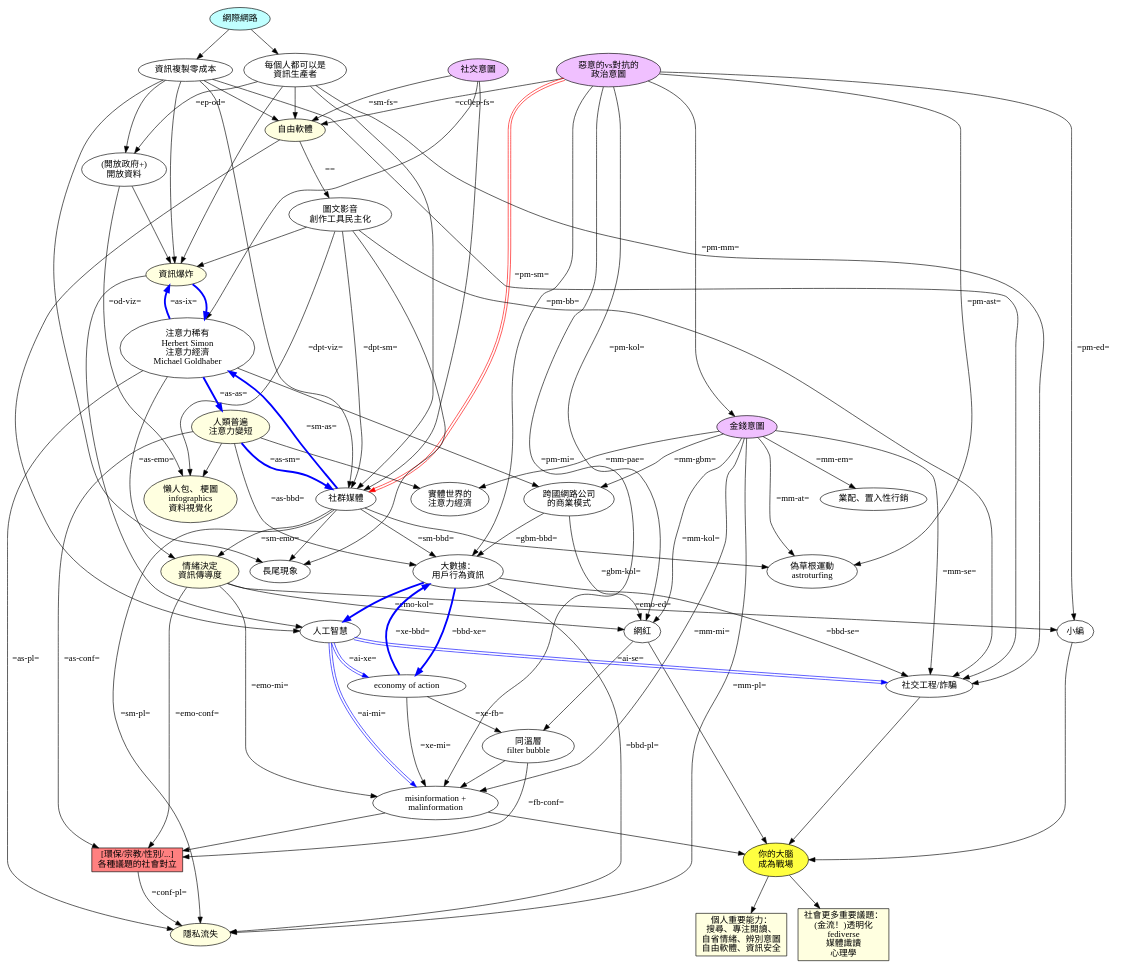
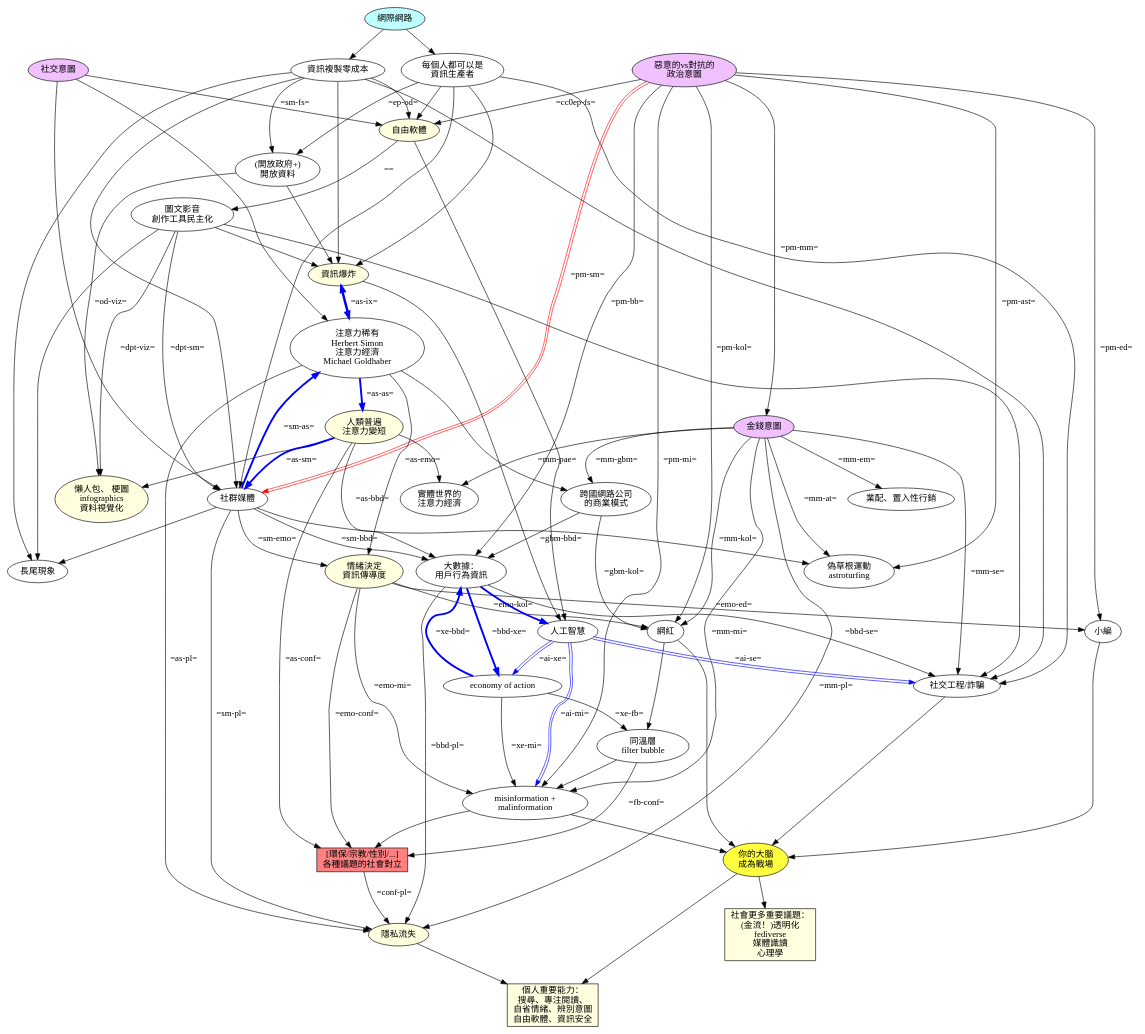
The diagram in a/m/23/war-on-brain.dot (ckhung/ckhung.github.io), drawn with Graphviz before and after one commit. The commit also changed 3 other files, not shown here.

```diff
--- a/a/m/23/war-on-brain.dot
+++ b/a/m/23/war-on-brain.dot
@@ -1,123 +1,124 @@
 digraph "頭腦爭霸戰" {
 
     rankdir = TB;
     overlap = scale;
 
     social_motivation [ label="社交意圖"; style=filled; fillcolor="#f0c0ff" ];
     monetary_motivation [ label="金錢意圖"; style=filled; fillcolor="#f0c0ff" ];
     political_motivation [ label="惡意的vs對抗的\n政治意圖"; style=filled; fillcolor="#f0c0ff" ];
     internet [ label="網際網路" style=filled; fillcolor="#c0ffff" ];
     copy_cost_0 [ label="資訊複製零成本" ];
     everone_producer [ label="每個人都可以是\n資訊生產者" ];
 
     free_software [ label="自由軟體"; style=filled; fillcolor="#ffffe0" ];
     dem_prod_tool [ label="圖文影音\n創作工具民主化" ];
 
     open_data [ label="(開放政府+)\n開放資料" ];
     info_explosion [ label="資訊爆炸"; style=filled; fillcolor="#ffffe0" ];
     attention_scarcity [ label="注意力稀有\nHerbert Simon\n注意力經濟\nMichael Goldhaber" ];
     attention_span [ label="人類普遍\n注意力變短"; style=filled; fillcolor="#ffffe0" ];
     visualization [ label="懶人包、 梗圖\ninfographics\n資料視覺化"; style=filled; fillcolor="#ffffe0" ];
     physical_ae [ label="實體世界的\n注意力經濟" ];
 
     social_media [ label="社群媒體" ];
     long_tail [ label="長尾現象" ];
     astroturfing [ label="偽草根運動\nastroturfing" ];
     emotion [ label="情緒決定\n資訊傳導度"; style=filled; fillcolor="#ffffe0" ];
     embedded_marketing [ label="業配、置入性行銷" ];
     kol [ label="網紅" ];
     google_bm [ label="跨國網路公司\n的商業模式" ];
     artificial_intelligence [ label="人工智慧" ];
     misinformation [ label="misinformation +\nmalinformation" ];
     privacy_loss [ label="隱私流失"; style=filled; fillcolor="#ffffe0" ];
     filter_bubble [ label="同溫層\nfilter bubble" ];
     behavior_big_data [ label="大數據：\n用戶行為資訊" ];
     xtion_economy [ label="economy of action" ];
     social_engineering [ label="社交工程/詐騙" ];
     editor [ label="小編" ];
     your_brain [ label="你的大腦\n成為戰場"; style=filled; fillcolor="#ffff40" ];
     conflict [ shape=rectangle; label="[環保/宗教/性別/...]\n各種議題的社會對立"; style=filled; fillcolor="#ff8080"; ];
     important_personal [ shape=rectangle; label="個人重要能力：\n搜尋、專注閱讀、\n自省情緒、辨別意圖\n自由軟體、資訊安全"; style=filled; fillcolor="#ffffe0" ];
     important_societal [ shape=rectangle; label="社會更多重要議題：\n(金流！)透明化\nfediverse\n媒體識讀\n心理學"; style=filled; fillcolor="#ffffe0" ];
 
     # # # # # # # # # # # # # # # # # # # # 
 
     internet -> { copy_cost_0 everone_producer } -> free_software;
     political_motivation -> free_software [ label="=cc0ep-fs="; labeltooltip="革奴計畫" ];
     social_motivation -> free_software [ label="=sm-fs="; labeltooltip="軟體就像性，免費的比較好" ];
     free_software -> dem_prod_tool [ label="=="; labeltooltip="inkscape\ngimp\naudacity\n價格競爭" ];
     copy_cost_0 -> open_data -> info_explosion;
     everone_producer -> open_data [ label="=ep-od="; labeltooltip="維基百科\n開放街圖" ];
 
 
     { everone_producer copy_cost_0 dem_prod_tool } -> { info_explosion social_engineering };
     social_motivation -> attention_scarcity;
     info_explosion -> attention_scarcity [ color="#0000ff"; penwidth=3 ];
     attention_scarcity -> info_explosion [ color="#0000ff"; penwidth=3; label="=as-ix="; labeltooltip="reputation economy\nexposure culture\n創用CC" ];
     attention_scarcity -> attention_span [ color="#0000ff"; penwidth=3; label="=as-as="; labeltooltip="金魚腦" ];
     attention_scarcity -> privacy_loss [ label="=as-pl="; labeltooltip="selfie\n不必讀，我同意\n預設值\n暗黑模式的 UI/UX" ];
     attention_span -> { visualization physical_ae };
     open_data -> visualization [ label="=od-viz="; labeltooltip="Hans Rosling\nOWID" ];
     dem_prod_tool -> visualization [ label="=dpt-viz="; labeltooltip="metabase\ngrafana\nplotly\ngnuplot\nscatplot" ];
 
     monetary_motivation -> physical_ae [ label="=mm-pae="; labeltooltip="四川航空 免費巴士\ndigital license plate ads" ];
     attention_scarcity -> google_bm;
     monetary_motivation ->  google_bm [ label="=mm-gbm="; labeltooltip="臉書、Instagram\ngoogle\nyoutube" ];
     google_bm -> kol [ label="=gbm-kol="; labeltooltip="抖內\n工商服務\n直播拍賣\n健生中醫" ];
     monetary_motivation -> embedded_marketing [ label="=mm-em="; ];
 
     { social_motivation everone_producer copy_cost_0 } -> social_media;
     dem_prod_tool -> social_media [ label="=dpt-sm="; labeltooltip="BBS、IRC" ];
     social_media -> attention_scarcity [ color="#0000ff"; penwidth=3; label="=sm-as="; labeltooltip="無限滾動捲軸\ndark patterns\ndeceptive patterns" ];
     attention_span -> social_media [ color="#0000ff"; penwidth=3; label="=as-sm="; labeltooltip="blog=>twitter\nyoutube=>抖音" ];
     { dem_prod_tool copy_cost_0 social_media } -> long_tail;
     social_media -> emotion [ label="=sm-emo="; labeltooltip="回想個人經驗" ];
     attention_scarcity -> emotion [ label="=as-emo="; labeltooltip="下標題技巧\n故事行銷" ];
     social_media -> astroturfing;
     monetary_motivation -> astroturfing [ label="=mm-at="; labeltooltip="bigtech wiki\nwe sell likes\nfake review" ];
     social_media -> privacy_loss [ label="=sm-pl="; labeltooltip="FOMO\nzenly\nvenmo\n抖音與臉書對你的逐鍵觀察" ];
 
 
     social_media -> behavior_big_data [ label="=sm-bbd="; labeltooltip="thisisyourdigitallife\n300個讚\n元宇宙頭盔\n社會信用體系\n网络安全法第二十八条" ];
     behavior_big_data -> privacy_loss [ label="=bbd-pl="; labeltooltip="少女懷孕，Target預測產期"; ];
     attention_span -> behavior_big_data [ label="=as-bbd="; labeltooltip="個人化...、智慧..."; ];
     google_bm -> behavior_big_data [ label="=gbm-bbd="; labeltooltip="targeted advertisement\n登入臉書方可閱讀的IP歧視政策"; ];
     behavior_big_data -> xtion_economy [ color="#0000ff"; penwidth=3; label="=bbd-xe="; labeltooltip="臉書情緒傳染實驗\n(臉書的紐澳青年)\n心理弱點行銷研究\n劍橋分析\nPokéstop"; ];
     xtion_economy -> behavior_big_data [ color="#0000ff"; penwidth=3; label="=xe-bbd="; labeltooltip="建立高牆花園\n誘勸改用app\napp內嵌瀏覽器\n臉書加密網址\n無限下滑" ];
 
 
     filter_bubble -> misinformation;
     xtion_economy -> filter_bubble [ label="=xe-fb="; labeltooltip="你也會喜歡\nline 群組\nline 內建瀏覽器不能搜尋" ];
     xtion_economy -> misinformation [ label="=xe-mi="; labeltooltip="dark ads\n臉書禁備份\nline 群組\nline 內建瀏覽器不能搜尋\nline voom？" ];
     monetary_motivation -> misinformation [ label="=mm-mi="; labeltooltip="大榴蓮\n鬼島狂新聞\n馬其頓 假新聞\n真相製造" ];
     emotion -> misinformation [ label="=emo-mi="; labeltooltip="台灣致死率全世界第一\n近二週致死率全球第三高\n愛台網紅離開台灣\n很多孩子走了\n\n盜版/山寨/仿冒\npredatory journal?" ];
     emotion -> kol [ label="=emo-kol="; labeltooltip="鼻妹、視網膜\n波特王、八烔、斯坦\n朱學恒、館長" ];
 
     political_motivation -> social_media [ color="#ff0000:white:#ff0000"; label="=pm-sm="; labeltooltip="言論管制\n極權國家\n网络安全法第二十八条" ];
     political_motivation -> behavior_big_data [ label="=pm-bb=" ];
     political_motivation -> monetary_motivation [ label="=pm-mm=" ];
     monetary_motivation -> kol [ label="=mm-kol="; labeltooltip="爆料公社\nmost super chatted on youtube" ];
     political_motivation -> astroturfing [ label="=pm-ast="; labeltooltip="twitter INFO OPs archive\n監獄網評員\n蜂蜜檸檬韓粉美國" ];
     political_motivation -> kol [ label="=pm-kol="; labeltooltip="解放軍南部戰區 對台自媒體及輿論分隊\n大翻譯運動" ];
     political_motivation -> misinformation [ label="=pm-mi="; labeltooltip="諸多假訊息打擊防疫" ];
     political_motivation -> editor [ label="=pm-ed="; labeltooltip="各政黨小編文化" ];
     emotion -> editor [ label="=emo-ed="; labeltooltip="小編的人格特質？" ];
 
     kol -> filter_bubble;
     filter_bubble -> conflict [ label="=fb-conf="; labeltooltip="fan wars" ];
     emotion -> conflict [ label="=emo-conf="; labeltooltip="社會運動\nYuri Bezmenov" ];
     attention_span -> conflict [ label="=as-conf="; labeltooltip="標題殺人法 (的成功)" ];
     misinformation -> conflict;
     conflict -> privacy_loss [ label="=conf-pl="; labeltooltip="doxxing" ];
     monetary_motivation -> privacy_loss [ label="=mm-pl="; labeltooltip="葉逢明\n黑市個資\n中國 apps 與系統" ];
     monetary_motivation -> social_engineering [ label="=mm-se="; ];
     behavior_big_data -> social_engineering [ label="=bbd-se="; labeltooltip="黑市個資" ];
 
     { free_software info_explosion } -> artificial_intelligence;
     behavior_big_data -> artificial_intelligence [ color="#0000ff"; penwidth=3; ];
     artificial_intelligence -> xtion_economy [ color="#0000ff:white:#0000ff"; label="=ai-xe="; labeltooltip="劍橋分析 2.0\n中共版劍橋分析？" ];
     artificial_intelligence -> misinformation [color="#0000ff:white:#0000ff"; label="=ai-mi="; labeltooltip="deepfake\n劍橋分析 2.0" ];
     artificial_intelligence -> social_engineering [color="#0000ff:white:#0000ff"; label="=ai-se="; labeltooltip="deepfake" ];
 
-    { kol editor misinformation social_engineering } -> your_brain -> { important_personal important_societal }
+    { kol editor misinformation social_engineering } -> your_brain -> important_societal
+    { your_brain privacy_loss } -> important_personal;
 }
```
